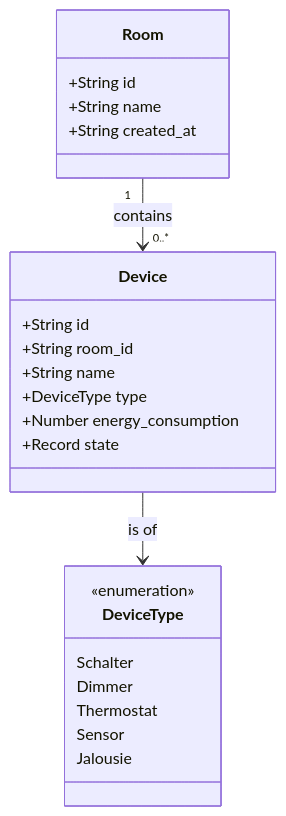
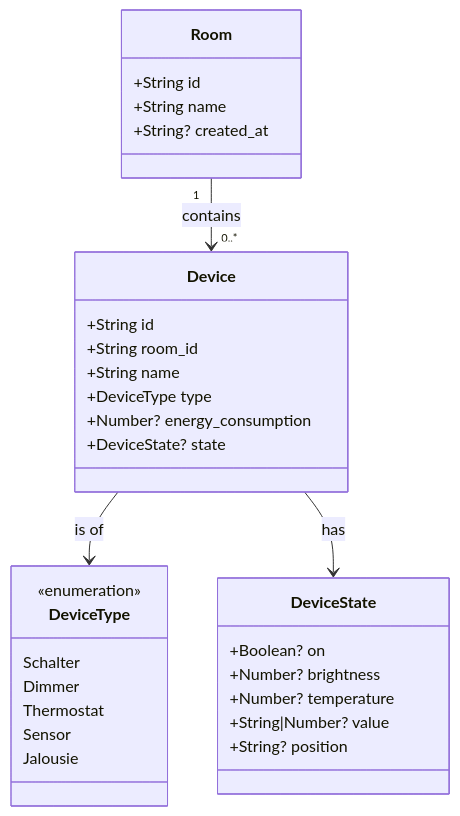
Before and after one commit to jku-win-se/teaching-2026.ss.prse.braeuer.team5: the second of 4 diagrams in docs/uml-diagram.md, drawn with Mermaid. The commit also changed other lines of this file, not shown here.

Commit message:
#62 [0.2] Update UML Diagramm für Auth Flow

````diff
--- a/docs/uml-diagram.md
+++ b/docs/uml-diagram.md
@@ -41,29 +54,38 @@
 ```mermaid
 classDiagram
     class Room {
         +String id
         +String name
-        +String created_at
+        +String? created_at
     }
 
     class Device {
         +String id
         +String room_id
         +String name
         +DeviceType type
-        +Number energy_consumption
-        +Record state
+        +Number? energy_consumption
+        +DeviceState? state
     }
 
     class DeviceType {
         <<enumeration>>
         Schalter
         Dimmer
         Thermostat
         Sensor
         Jalousie
     }
 
+    class DeviceState {
+        +Boolean? on
+        +Number? brightness
+        +Number? temperature
+        +String|Number? value
+        +String? position
+    }
+
     Room "1" --> "0..*" Device : contains
     Device --> DeviceType : is of
+    Device --> DeviceState : has
 ```
````
